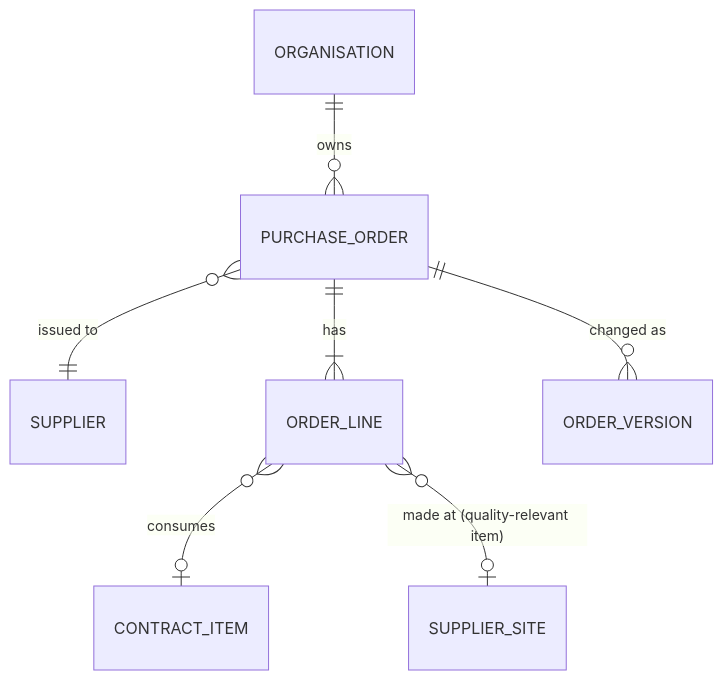
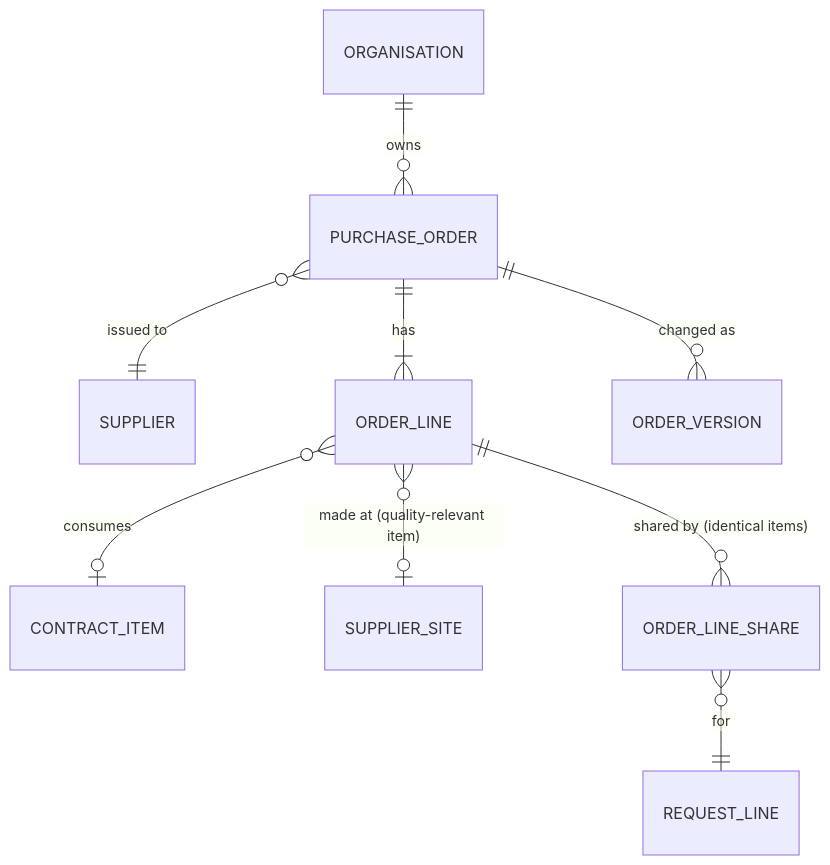
One commit to rkravuri/ironsaas changed the first of 2 diagrams in docs/prd/suites/procurement/orders-PRD.md. Above: the diagram before and after it, drawn with Mermaid. The commit also changed other lines of this file and 8 other files, not shown here.

````diff
--- a/docs/prd/suites/procurement/orders-PRD.md
+++ b/docs/prd/suites/procurement/orders-PRD.md
@@ -57,9 +57,11 @@
 ```mermaid
 erDiagram
   ORGANISATION ||--o{ PURCHASE_ORDER : owns
   PURCHASE_ORDER }o--|| SUPPLIER : "issued to"
   PURCHASE_ORDER ||--|{ ORDER_LINE : has
   PURCHASE_ORDER ||--o{ ORDER_VERSION : "changed as"
   ORDER_LINE }o--o| CONTRACT_ITEM : "consumes"
   ORDER_LINE }o--o| SUPPLIER_SITE : "made at (quality-relevant item)"
+  ORDER_LINE ||--o{ ORDER_LINE_SHARE : "shared by (identical items)"
+  ORDER_LINE_SHARE }o--|| REQUEST_LINE : "for"
 ```
````
